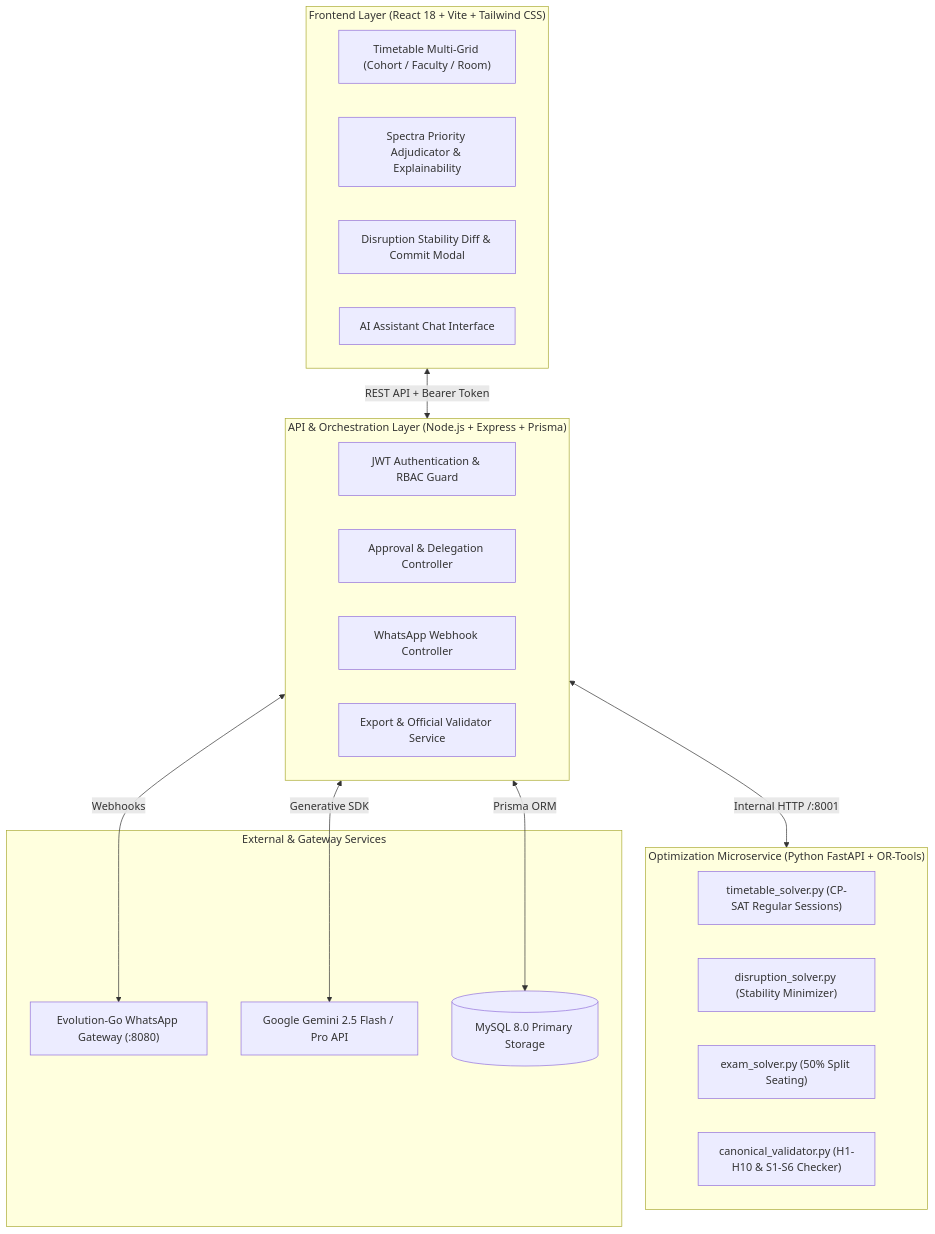
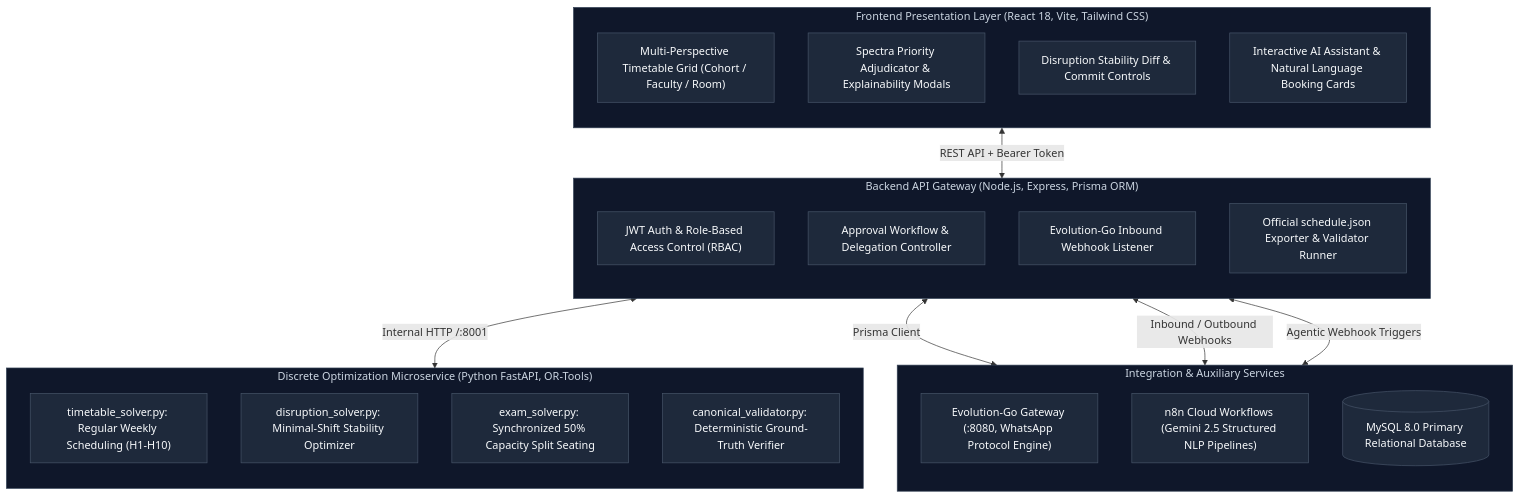
One commit to Akshat-sin-official/TZ-Meru-Byte changed the second of 6 diagrams in README.md. Above: the diagram before and after it, drawn with Mermaid. The commit also changed other lines of this file and 6 other files, not shown here.

Commit message:
docs: modernize README with Tech Zephyr 4 branding, Evolution-Go and n8n workflows, and flat-square badges

````diff
--- a/README.md
+++ b/README.md
@@ -93,35 +92,44 @@
 ```mermaid
 flowchart TD
-    subgraph CLIENT["Frontend Layer (React 18 + Vite + Tailwind CSS)"]
-        UI1["Timetable Multi-Grid (Cohort / Faculty / Room)"]
-        UI2["Spectra Priority Adjudicator & Explainability"]
-        UI3["Disruption Stability Diff & Commit Modal"]
-        UI4["AI Assistant Chat Interface"]
+    subgraph UI["Frontend Presentation Layer (React 18, Vite, Tailwind CSS)"]
+        direction TB
+        V1["Multi-Perspective Timetable Grid (Cohort / Faculty / Room)"]
+        V2["Spectra Priority Adjudicator & Explainability Modals"]
+        V3["Disruption Stability Diff & Commit Controls"]
+        V4["Interactive AI Assistant & Natural Language Booking Cards"]
     end
 
-    subgraph GATEWAY["API & Orchestration Layer (Node.js + Express + Prisma)"]
-        GW1["JWT Authentication & RBAC Guard"]
-        GW2["Approval & Delegation Controller"]
-        GW3["WhatsApp Webhook Controller"]
-        GW4["Export & Official Validator Service"]
+    subgraph API["Backend API Gateway (Node.js, Express, Prisma ORM)"]
+        direction TB
+        A1["JWT Auth & Role-Based Access Control (RBAC)"]
+        A2["Approval Workflow & Delegation Controller"]
+        A3["Evolution-Go Inbound Webhook Listener"]
+        A4["Official schedule.json Exporter & Validator Runner"]
     end
 
-    subgraph OPTIMIZER["Optimization Microservice (Python FastAPI + OR-Tools)"]
-        CP1["timetable_solver.py (CP-SAT Regular Sessions)"]
-        CP2["disruption_solver.py (Stability Minimizer)"]
-        CP3["exam_solver.py (50% Split Seating)"]
-        CP4["canonical_validator.py (H1-H10 & S1-S6 Checker)"]
+    subgraph Solver["Discrete Optimization Microservice (Python FastAPI, OR-Tools)"]
+        direction TB
+        S1["timetable_solver.py: Regular Weekly Scheduling (H1-H10)"]
+        S2["disruption_solver.py: Minimal-Shift Stability Optimizer"]
+        S3["exam_solver.py: Synchronized 50% Capacity Split Seating"]
+        S4["canonical_validator.py: Deterministic Ground-Truth Verifier"]
     end
 
-    subgraph INTEGRATIONS["External & Gateway Services"]
-        WA["Evolution-Go WhatsApp Gateway (:8080)"]
-        AI["Google Gemini 2.5 Flash / Pro API"]
-        DB[("MySQL 8.0 Primary Storage")]
+    subgraph Integrations["Integration & Auxiliary Services"]
+        direction TB
+        W1["Evolution-Go Gateway (:8080, WhatsApp Protocol Engine)"]
+        W2["n8n Cloud Workflows (Gemini 2.5 Structured NLP Pipelines)"]
+        W3[("MySQL 8.0 Primary Relational Database")]
     end
 
-    CLIENT <-->|REST API + Bearer Token| GATEWAY
-    GATEWAY <-->|Internal HTTP /:8001| OPTIMIZER
-    GATEWAY <-->|Prisma ORM| DB
-    GATEWAY <-->|Webhooks| WA
-    GATEWAY <-->|Generative SDK| AI
+    UI <-->|REST API + Bearer Token| API
+    API <-->|Internal HTTP /:8001| Solver
+    API <-->|Prisma Client| W3
+    API <-->|Inbound / Outbound Webhooks| W1
+    API <-->|Agentic Webhook Triggers| W2
+
+    classDef surface fill:#0f172a,stroke:#334155,color:#cbd5e1;
+    classDef nodeBox fill:#1e293b,stroke:#475569,color:#f8fafc;
+    class UI,API,Solver,Integrations surface;
+    class V1,V2,V3,V4,A1,A2,A3,A4,S1,S2,S3,S4,W1,W2,W3 nodeBox;
 ```
````
